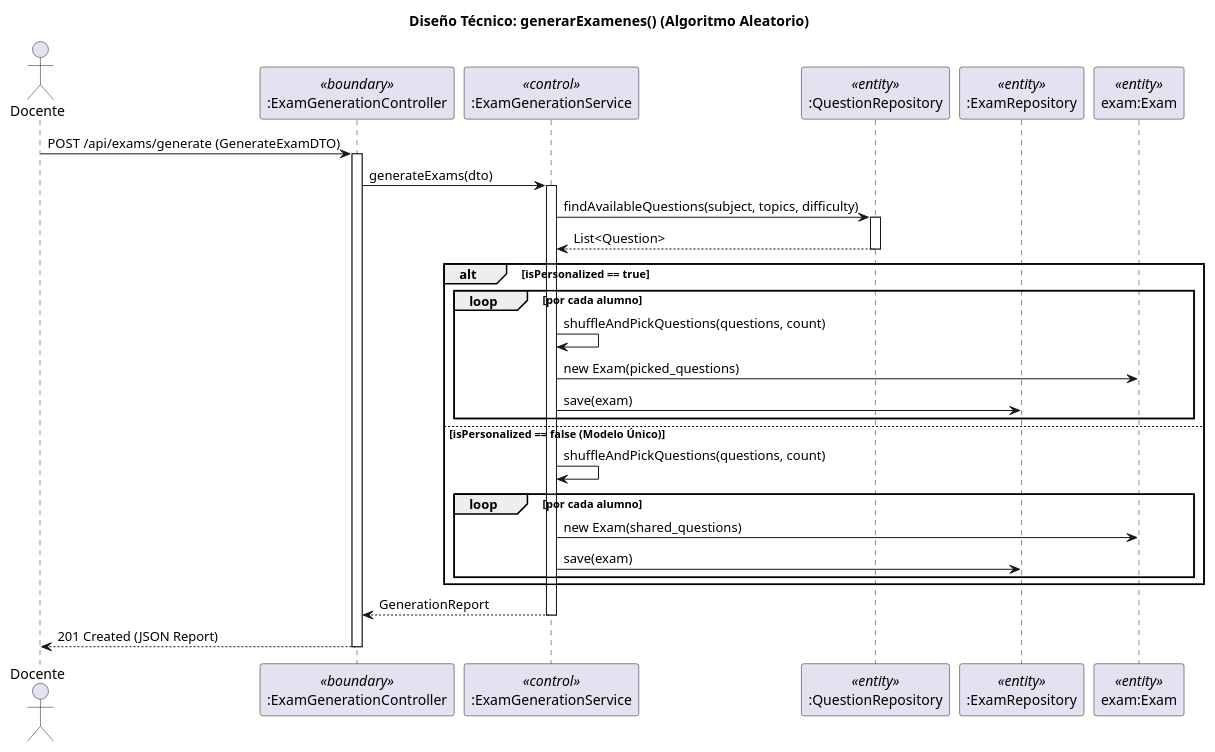
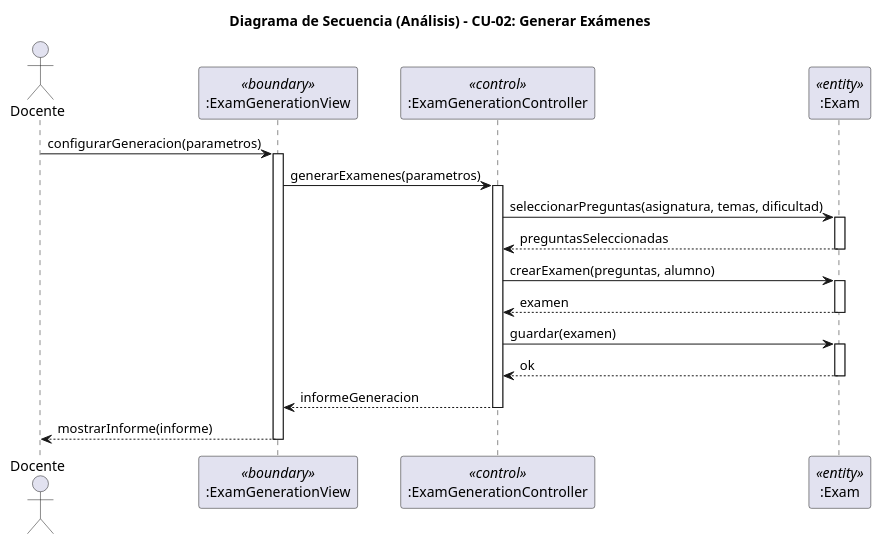
The diagram in RUP/01-analisis/casos-uso/CU-02-generarExamenes/analisis-secuencia-CU-02-generarExamenes.puml (liamanderson873/25-26-idsw2-sdVC), drawn with PlantUML before and after one commit. The commit also changed 133 other files, not shown here.

First line of the commit message:
RUP: completar diagramas de análisis y diseño para los 41 casos de uso

```diff
--- a/RUP/01-analisis/casos-uso/CU-02-generarExamenes/analisis-secuencia-CU-02-generarExamenes.puml
+++ b/RUP/01-analisis/casos-uso/CU-02-generarExamenes/analisis-secuencia-CU-02-generarExamenes.puml
@@ -1,44 +1,36 @@
-@startuml CU-02-generarExamenes-diseno
-
-skinparam linetype polyline
+@startuml cu02-generarExamenes-analisis-secuencia
+title Diagrama de Secuencia (Análisis) - CU-02: Generar Exámenes
 
 actor "Docente" as Actor
-participant ":ExamGenerationController" as Controller <<boundary>>
-participant ":ExamGenerationService" as Service <<control>>
-participant ":QuestionRepository" as QRepo <<entity>>
-participant ":ExamRepository" as ERepo <<entity>>
-participant "exam:Exam" as Entity <<entity>>
+participant ":ExamGenerationView" as Boundary <<boundary>>
+participant ":ExamGenerationController" as Control <<control>>
+participant ":Exam" as Entity <<entity>>
 
-title Diseño Técnico: generarExamenes() (Algoritmo Aleatorio)
+Actor -> Boundary : configurarGeneracion(parametros)
+activate Boundary
 
-Actor -> Controller : POST /api/exams/generate (GenerateExamDTO)
-activate Controller
+Boundary -> Control : generarExamenes(parametros)
+activate Control
 
-Controller -> Service : generateExams(dto)
-activate Service
+Control -> Entity : seleccionarPreguntas(asignatura, temas, dificultad)
+activate Entity
+Entity --> Control : preguntasSeleccionadas
+deactivate Entity
 
-Service -> QRepo : findAvailableQuestions(subject, topics, difficulty)
-activate QRepo
-return List<Question>
+Control -> Entity : crearExamen(preguntas, alumno)
+activate Entity
+Entity --> Control : examen
+deactivate Entity
 
-alt isPersonalized == true
-    loop por cada alumno
-        Service -> Service : shuffleAndPickQuestions(questions, count)
-        Service -> Entity : new Exam(picked_questions)
-        Service -> ERepo : save(exam)
-    end
-else isPersonalized == false (Modelo Único)
-    Service -> Service : shuffleAndPickQuestions(questions, count)
-    loop por cada alumno
-        Service -> Entity : new Exam(shared_questions)
-        Service -> ERepo : save(exam)
-    end
-end
+Control -> Entity : guardar(examen)
+activate Entity
+Entity --> Control : ok
+deactivate Entity
 
-Service --> Controller : GenerationReport
-deactivate Service
+Control --> Boundary : informeGeneracion
+deactivate Control
 
-Controller --> Actor : 201 Created (JSON Report)
-deactivate Controller
+Boundary --> Actor : mostrarInforme(informe)
+deactivate Boundary
 
 @enduml
```
